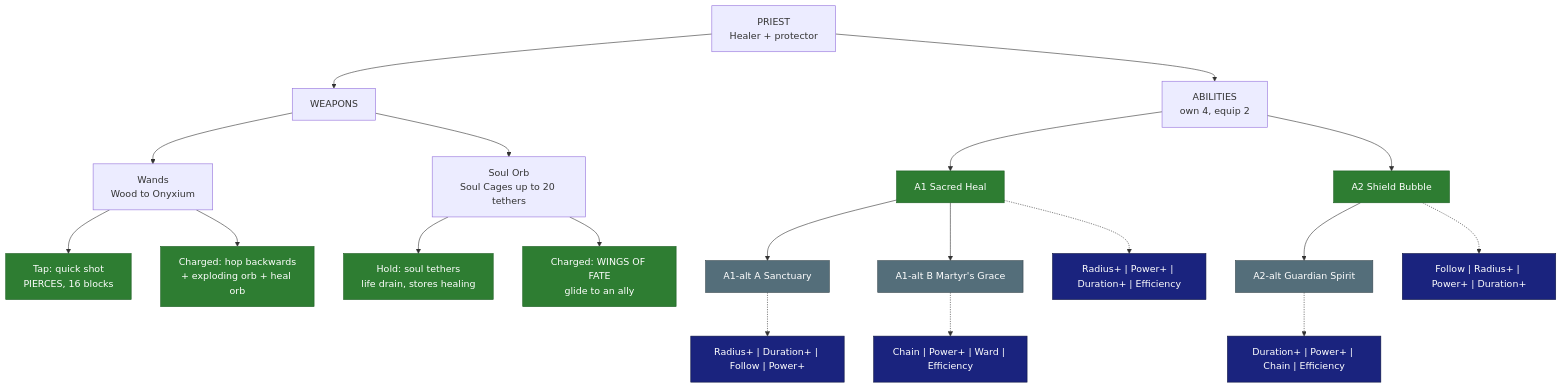
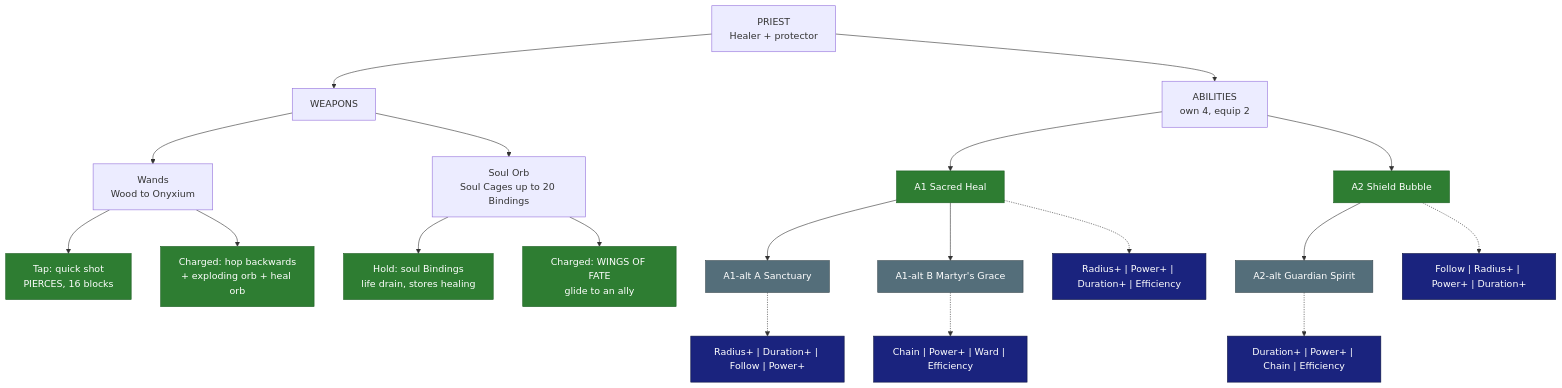
The diagram in research/classes/Priest.md (SkyyPlayz/SkyyWynnBlock), drawn with Mermaid before and after one commit. The commit also changed other lines of this file and 5 other files, not shown here.

Commit message:
Priest: soul tethers renamed Bindings; locked Bindings work through walls (Skyy)

````diff
--- a/research/classes/Priest.md
+++ b/research/classes/Priest.md
@@ -20,28 +20,28 @@
 ```mermaid
 flowchart TD
   CLS["PRIEST<br/>Healer + protector"]
   CLS --> WPN["WEAPONS"]
   CLS --> ABL["ABILITIES<br/>own 4, equip 2"]
   WPN --> WD["Wands<br/>Wood to Onyxium"]
   WD --> WDa["Tap: quick shot<br/>PIERCES, 16 blocks"]
   WD --> WDc["Charged: hop backwards<br/>+ exploding orb + heal orb"]
-  WPN --> SO["Soul Orb<br/>Soul Cages up to 20 tethers"]
-  SO --> SOa["Hold: soul tethers<br/>life drain, stores healing"]
+  WPN --> SO["Soul Orb<br/>Soul Cages up to 20 Bindings"]
+  SO --> SOa["Hold: soul Bindings<br/>life drain, stores healing"]
   SO --> SOc["Charged: WINGS OF FATE<br/>glide to an ally"]
   ABL --> A1["A1 Sacred Heal"]
   A1 --> A1A["A1-alt A Sanctuary"]
   A1 --> A1B["A1-alt B Martyr's Grace"]
   ABL --> A2["A2 Shield Bubble"]
   A2 --> A2X["A2-alt Guardian Spirit"]
   A1 -.-> M1["Radius+ | Power+ | Duration+ | Efficiency"]
   A1A -.-> M2["Radius+ | Duration+ | Follow | Power+"]
   A1B -.-> M3["Chain | Power+ | Ward | Efficiency"]
   A2 -.-> M4["Follow | Radius+ | Power+ | Duration+"]
   A2X -.-> M5["Duration+ | Power+ | Chain | Efficiency"]
   classDef locked fill:#2e7d32,color:#fff,stroke:#1b5e20
   classDef proposed fill:#546e7a,color:#fff,stroke:#37474f
   classDef mods fill:#1a237e,color:#fff,stroke:#0d1442
   class A1,A2,WDa,WDc,SOa,SOc locked
   class A1A,A1B,A2X proposed
   class M1,M2,M3,M4,M5 mods
 ```
````
